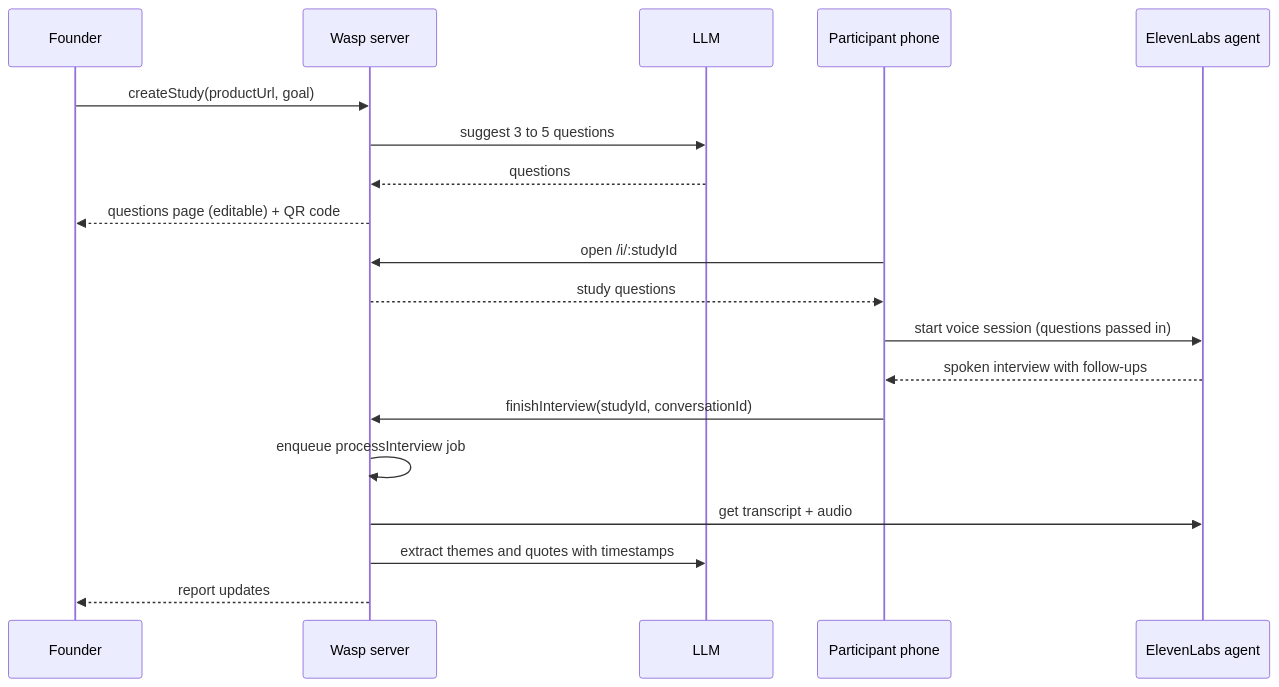
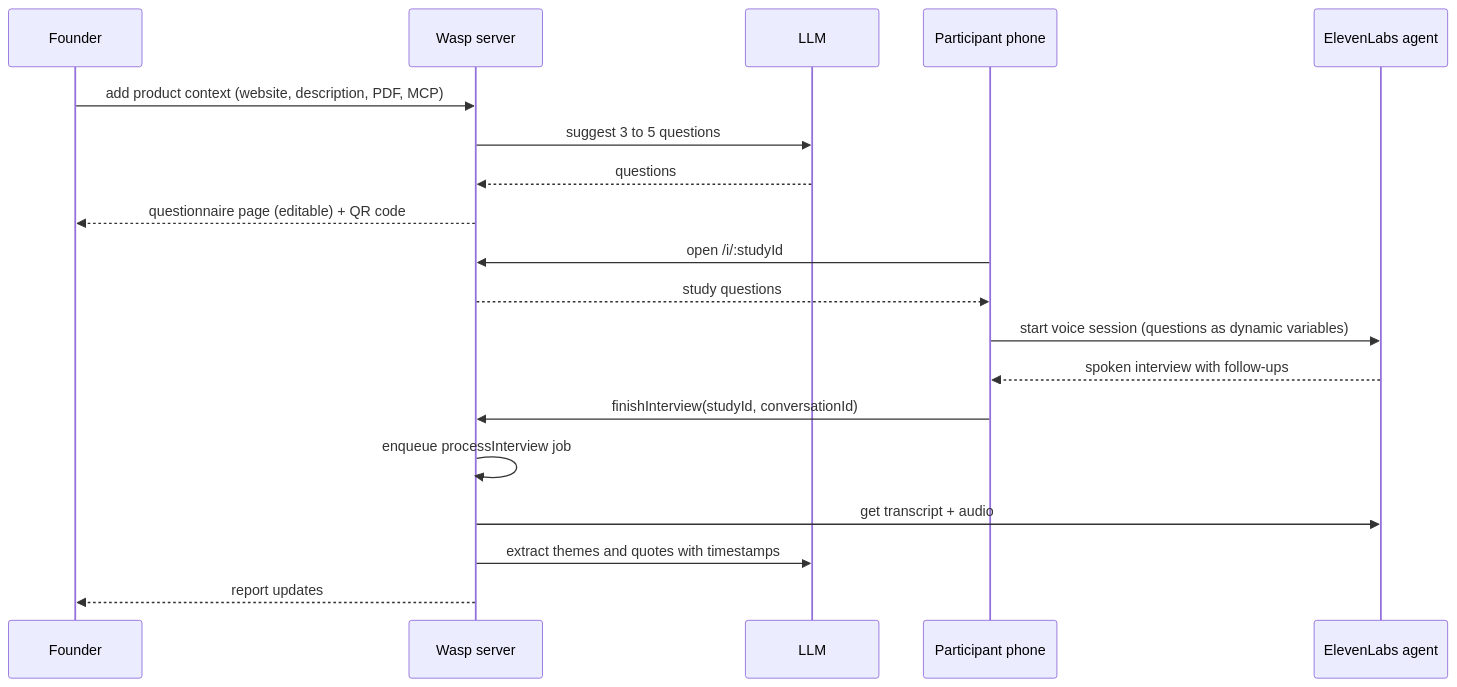
One commit to rickytang666/mira changed the second of 3 diagrams in docs/TECH.md. Above: the diagram before and after it, drawn with Mermaid. The commit also changed other lines of this file, not shown here.

````diff
--- a/docs/TECH.md
+++ b/docs/TECH.md
@@ -30,22 +28,22 @@
 ```mermaid
 sequenceDiagram
   participant F as Founder
   participant W as Wasp server
   participant L as LLM
   participant P as Participant phone
   participant E as ElevenLabs agent
 
-  F->>W: createStudy(productUrl, goal)
+  F->>W: add product context (website, description, PDF, MCP)
   W->>L: suggest 3 to 5 questions
   L-->>W: questions
-  W-->>F: questions page (editable) + QR code
+  W-->>F: questionnaire page (editable) + QR code
   P->>W: open /i/:studyId
   W-->>P: study questions
-  P->>E: start voice session (questions passed in)
+  P->>E: start voice session (questions as dynamic variables)
   E-->>P: spoken interview with follow-ups
   P->>W: finishInterview(studyId, conversationId)
   W->>W: enqueue processInterview job
   W->>E: get transcript + audio
   W->>L: extract themes and quotes with timestamps
   W-->>F: report updates
 ```
````
